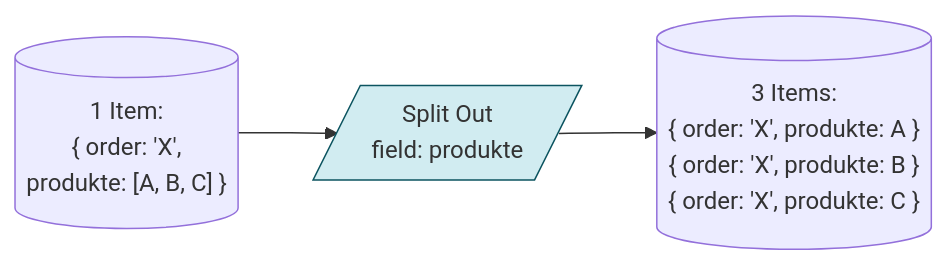
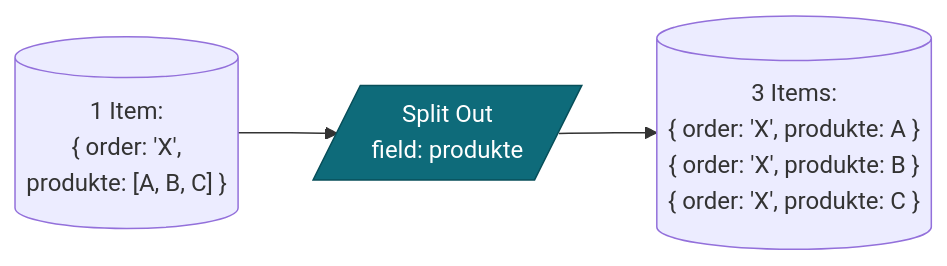
One commit to ericleddin/m4-n8n-demos changed the tenth of 15 diagrams in docs/n8n_learning/n8n_Datenfluss_Kompendium_v2.md. Above: the diagram before and after it, drawn with Mermaid. The commit also changed other lines of this file and 4 other files, not shown here.

Commit message:
Add AI agent, LLM, and n8n developer guides; standardize Mermaid colors

````diff
--- a/docs/n8n_learning/n8n_Datenfluss_Kompendium_v2.md
+++ b/docs/n8n_learning/n8n_Datenfluss_Kompendium_v2.md
@@ -274,7 +274,7 @@
 ```mermaid
 flowchart LR
     In[("1 Item:<br/>{ order: 'X',<br/>  produkte: [A, B, C] }")] --> SO[/"Split Out<br/>field: produkte"/]
     SO --> Out[("3 Items:<br/>{ order: 'X', produkte: A }<br/>{ order: 'X', produkte: B }<br/>{ order: 'X', produkte: C }")]
 
-    style SO fill:#d1ecf1,stroke:#0c5460
+    style SO fill:#0e6b7a,stroke:#084f5a,color:#fff
 ```
````
